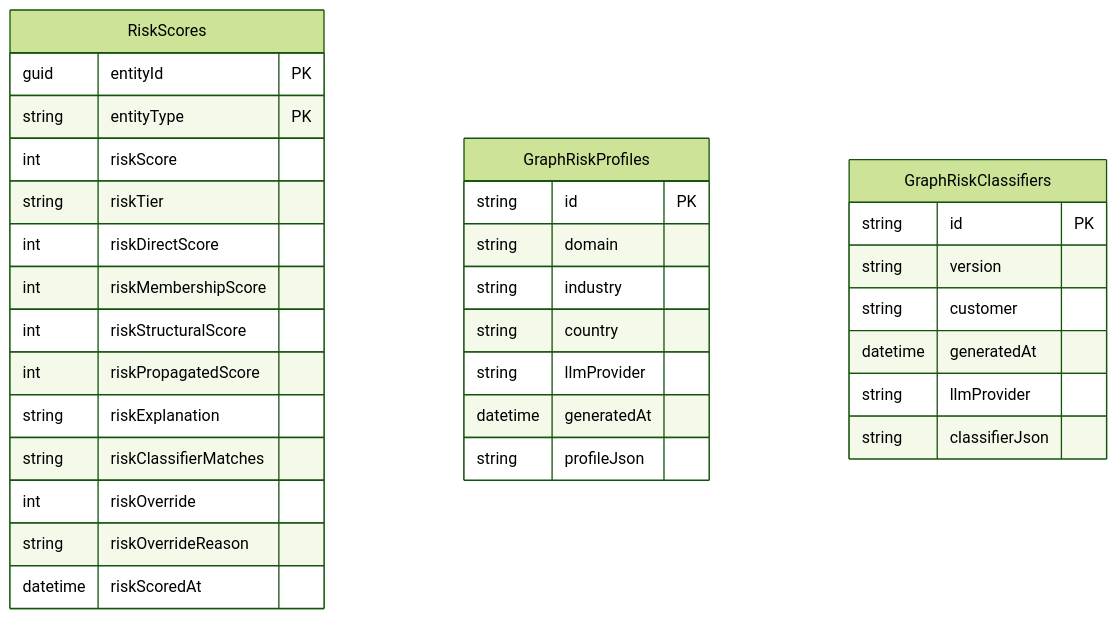
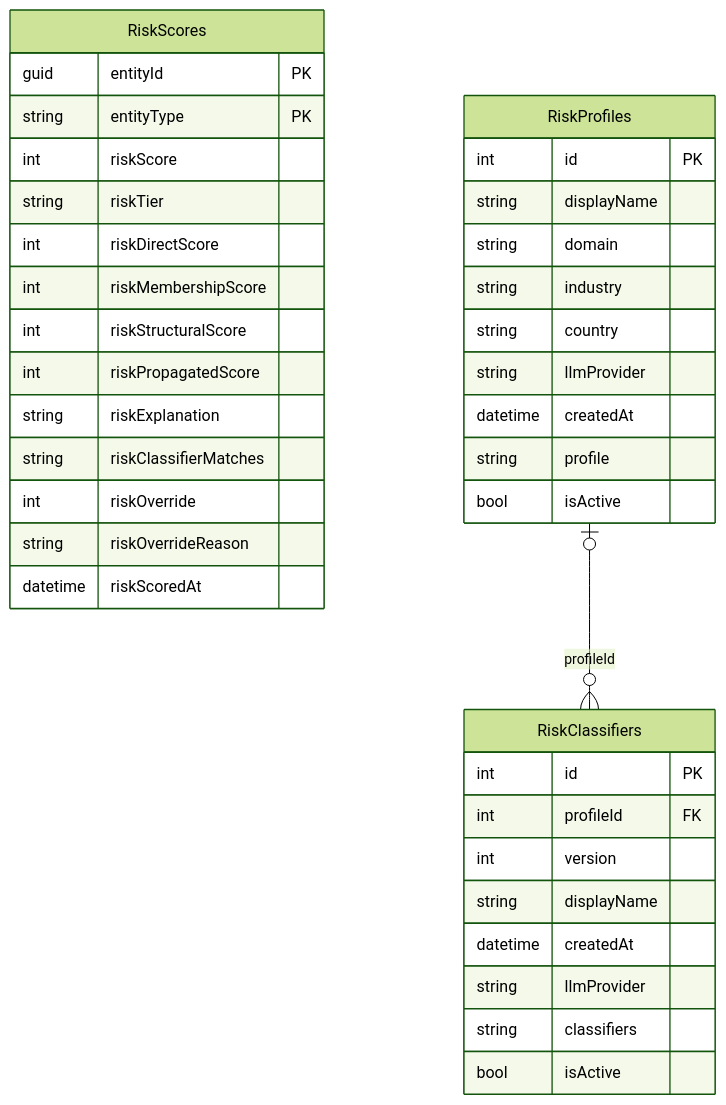
One commit to Fortigi/IdentityAtlas changed the diagram in docs/concepts/risk-scoring-model.md. Above: the diagram before and after it, drawn with Mermaid (forest theme). The commit also changed other lines of this file and 105 other files, not shown here.

First line of the commit message:
Core ontology: OWL description of the graph model, CI consistency checks, generated model docs (#1369)

````diff
--- a/docs/concepts/risk-scoring-model.md
+++ b/docs/concepts/risk-scoring-model.md
@@ -44,35 +45,40 @@
 ```mermaid
 erDiagram
     RiskScores {
         guid entityId PK
         string entityType PK
         int riskScore
         string riskTier
         int riskDirectScore
         int riskMembershipScore
         int riskStructuralScore
         int riskPropagatedScore
         string riskExplanation
         string riskClassifierMatches
         int riskOverride
         string riskOverrideReason
         datetime riskScoredAt
     }
-    GraphRiskProfiles {
-        string id PK
+    RiskProfiles {
+        int id PK
+        string displayName
         string domain
         string industry
         string country
         string llmProvider
-        datetime generatedAt
-        string profileJson
+        datetime createdAt
+        string profile
+        bool isActive
     }
-    GraphRiskClassifiers {
-        string id PK
-        string version
-        string customer
-        datetime generatedAt
+    RiskClassifiers {
+        int id PK
+        int profileId FK
+        int version
+        string displayName
+        datetime createdAt
         string llmProvider
-        string classifierJson
+        string classifiers
+        bool isActive
     }
+    RiskProfiles |o--o{ RiskClassifiers : "profileId"
 ```
````
